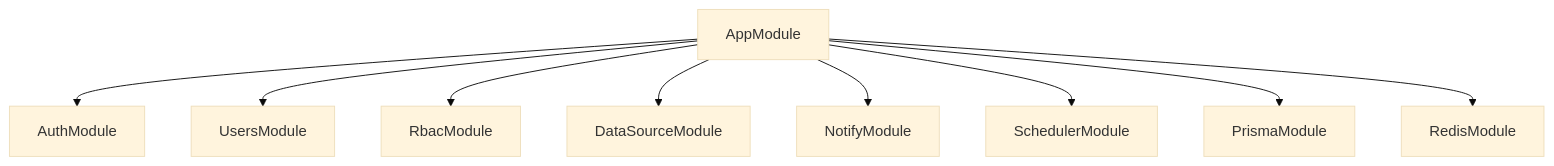
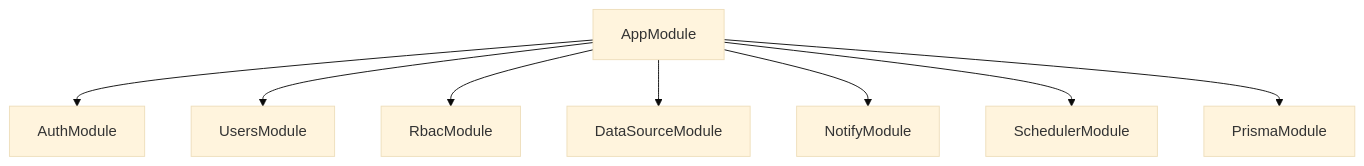
Before and after one commit to weizeyuu-bot/message-center-backend: the second of 2 diagrams in docs/tech-stack.md, drawn with Mermaid (base theme). The commit also changed other lines of this file and 12 other files, not shown here.

Commit message:
refactor: remove redis and keep message-center schema only

````diff
--- a/docs/tech-stack.md
+++ b/docs/tech-stack.md
@@ -51,12 +49,11 @@
 ```mermaid
 flowchart TD
   App[AppModule]
   App --> Auth[AuthModule]
   App --> Users[UsersModule]
   App --> Rbac[RbacModule]
   App --> Ds[DataSourceModule]
   App --> Notify[NotifyModule]
   App --> Scheduler[SchedulerModule]
   App --> Prisma[PrismaModule]
-  App --> Redis[RedisModule]
 ```
````
